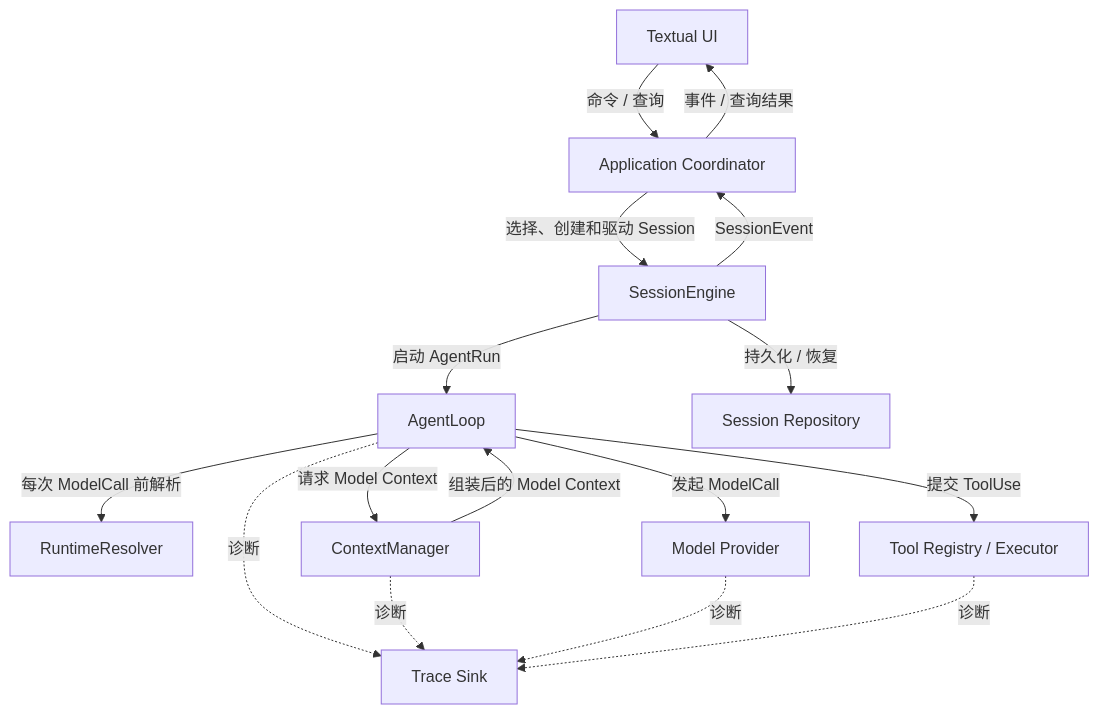
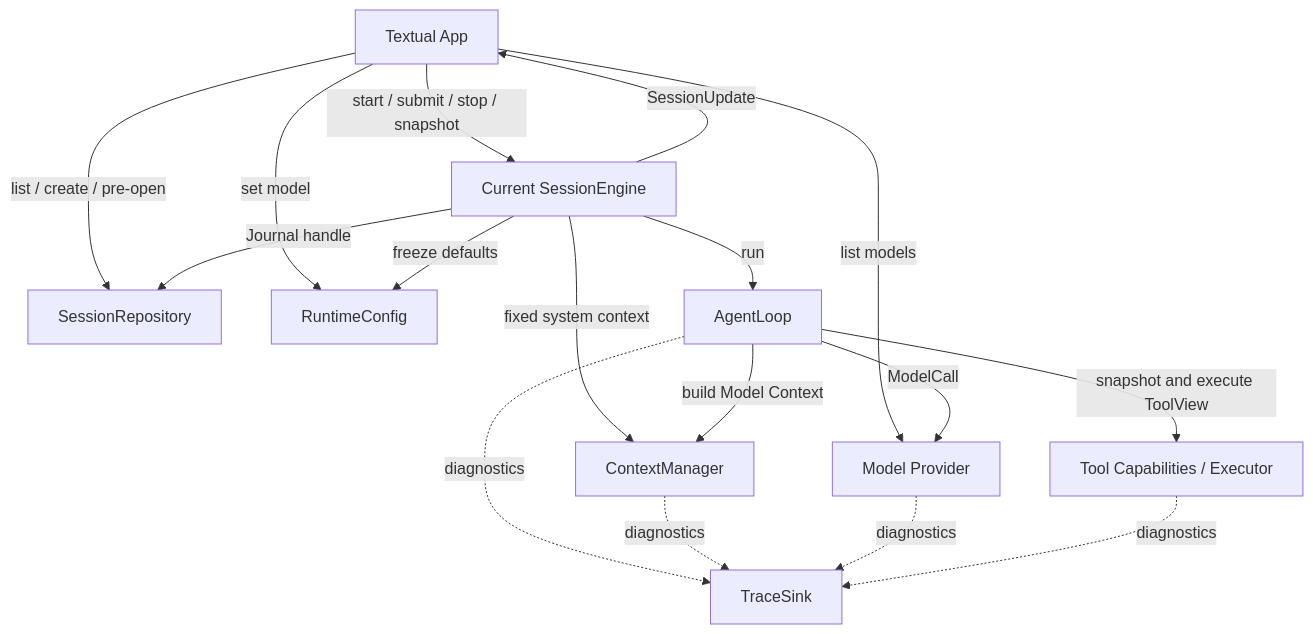
The diagram in docs/design-docs/overall-architecture.md (EtherealStar/MiniAgent), drawn with Mermaid before and after one commit. The commit also changed other lines of this file and 9 other files, not shown here.

````diff
--- a/docs/design-docs/overall-architecture.md
+++ b/docs/design-docs/overall-architecture.md
@@ -47,29 +55,29 @@
 ```mermaid
 flowchart TD
-    UI["Textual UI"]
-    APP["Application Coordinator"]
-    SESSION["SessionEngine"]
+    UI["Textual App"]
+    SESSION["Current SessionEngine"]
+    REPO["SessionRepository"]
+    CONFIG["RuntimeConfig"]
     LOOP["AgentLoop"]
-    RUNTIME["RuntimeResolver"]
     CONTEXT["ContextManager"]
     MODEL["Model Provider"]
-    TOOLS["Tool Registry / Executor"]
-    STORE["Session Repository"]
-    TRACE["Trace Sink"]
+    TOOLS["Tool Capabilities / Executor"]
+    TRACE["TraceSink"]
 
-    UI -->|"命令 / 查询"| APP
-    APP -->|"选择、创建和驱动 Session"| SESSION
-    SESSION -->|"启动 AgentRun"| LOOP
-    LOOP -->|"每次 ModelCall 前解析"| RUNTIME
-    LOOP -->|"请求 Model Context"| CONTEXT
-    CONTEXT -->|"组装后的 Model Context"| LOOP
-    LOOP -->|"发起 ModelCall"| MODEL
-    LOOP -->|"提交 ToolUse"| TOOLS
-    SESSION -->|"持久化 / 恢复"| STORE
-    SESSION -->|"SessionEvent"| APP
-    APP -->|"事件 / 查询结果"| UI
-    LOOP -.->|"诊断"| TRACE
-    CONTEXT -.->|"诊断"| TRACE
-    MODEL -.->|"诊断"| TRACE
-    TOOLS -.->|"诊断"| TRACE
+    UI -->|"list / create / pre-open"| REPO
+    UI -->|"start / submit / stop / snapshot"| SESSION
+    UI -->|"set model"| CONFIG
+    UI -->|"list models"| MODEL
+    SESSION -->|"Journal handle"| REPO
+    SESSION -->|"run"| LOOP
+    SESSION -->|"freeze defaults"| CONFIG
+    SESSION -->|"fixed system context"| CONTEXT
+    SESSION -->|"SessionUpdate"| UI
+    LOOP -->|"build Model Context"| CONTEXT
+    LOOP -->|"ModelCall"| MODEL
+    LOOP -->|"snapshot and execute ToolView"| TOOLS
+    LOOP -.->|"diagnostics"| TRACE
+    CONTEXT -.->|"diagnostics"| TRACE
+    MODEL -.->|"diagnostics"| TRACE
+    TOOLS -.->|"diagnostics"| TRACE
 ```
````
